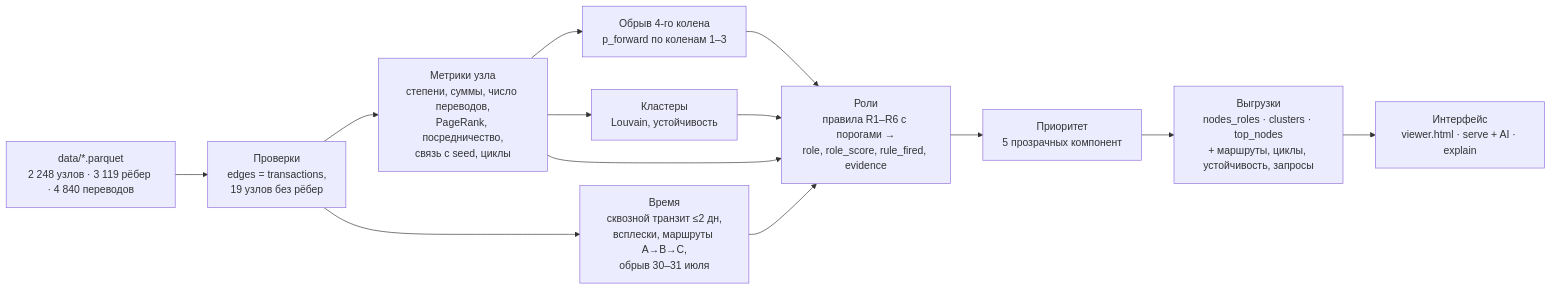
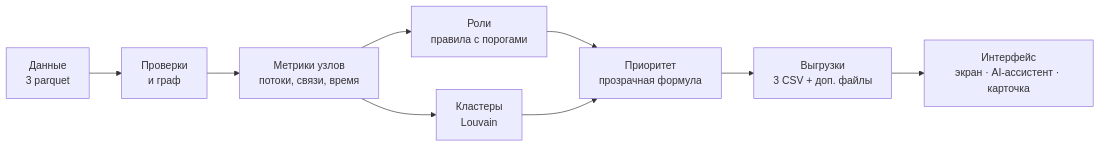
Before and after one commit to BAITC-Hacks/hack-7ab49ed7-a-ln: the diagram in README.md, drawn with Mermaid. The commit also changed other lines of this file and 1 other file, not shown here.

Commit message:
Docs: self-contained README (task → solution → run → results → roles → traps → demo) and TECH_DETAILS.md with formulas, algorithms, schemas and parameters

````diff
--- a/README.md
+++ b/README.md
@@ -48,12 +75,10 @@
 ```mermaid
 flowchart LR
-    A["data/*.parquet<br/>2 248 узлов · 3 119 рёбер · 4 840 переводов"] --> B["Проверки<br/>edges = transactions,<br/>19 узлов без рёбер"]
-    B --> C["Метрики узла<br/>степени, суммы, число переводов,<br/>PageRank, посредничество,<br/>связь с seed, циклы"]
-    B --> D["Время<br/>сквозной транзит ≤2 дн,<br/>всплески, маршруты A→B→C,<br/>обрыв 30–31 июля"]
-    C --> E["Обрыв 4-го колена<br/>p_forward по коленам 1–3"]
-    C --> F["Кластеры<br/>Louvain, устойчивость"]
-    C & D & E & F --> G["Роли<br/>правила R1–R6 с порогами →<br/>role, role_score, rule_fired, evidence"]
-    G --> H["Приоритет<br/>5 прозрачных компонент"]
-    H --> I["Выгрузки<br/>nodes_roles · clusters · top_nodes<br/>+ маршруты, циклы, устойчивость, запросы"]
-    I --> J["Интерфейс<br/>viewer.html · serve + AI · explain"]
+    A["Данные<br/>3 parquet"] --> B["Проверки<br/>и граф"]
+    B --> C["Метрики узлов<br/>потоки, связи, время"]
+    C --> D["Роли<br/>правила с порогами"]
+    C --> E["Кластеры<br/>Louvain"]
+    D & E --> F["Приоритет<br/>прозрачная формула"]
+    F --> G["Выгрузки<br/>3 CSV + доп. файлы"]
+    G --> H["Интерфейс<br/>экран · AI-ассистент · карточка"]
 ```
````
